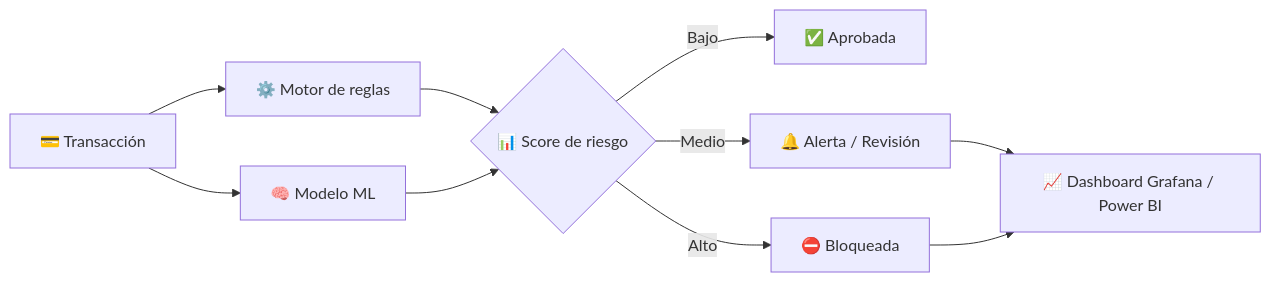
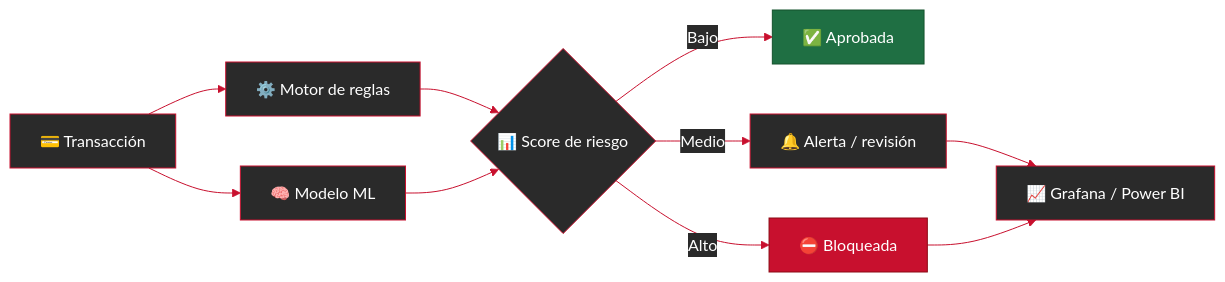
Before and after one commit to JpGarciiia964/JpGarciiia964: the second of 2 diagrams in README.md, drawn with Mermaid. The commit also changed other lines of this file and 5 other files, not shown here.

````diff
--- a/README.md
+++ b/README.md
@@ -87,12 +199,17 @@
 ```mermaid
+%%{init: {'theme':'base','themeVariables':{'primaryColor':'#2A2A2A','primaryTextColor':'#FFFFFF','primaryBorderColor':'#C8102E','lineColor':'#C8102E'}}}%%
 flowchart LR
     A[💳 Transacción] --> B[⚙️ Motor de reglas]
     A --> C[🧠 Modelo ML]
     B --> D{📊 Score de riesgo}
     C --> D
     D -- Bajo --> E[✅ Aprobada]
-    D -- Medio --> F[🔔 Alerta / Revisión]
+    D -- Medio --> F[🔔 Alerta / revisión]
     D -- Alto --> G[⛔ Bloqueada]
-    F --> H[📈 Dashboard Grafana / Power BI]
+    F --> H[📈 Grafana / Power BI]
     G --> H
+    classDef bad fill:#C8102E,stroke:#8B0A14,color:#fff
+    classDef ok fill:#1F6F43,stroke:#14532D,color:#fff
+    class G bad
+    class E ok
 ```
````
